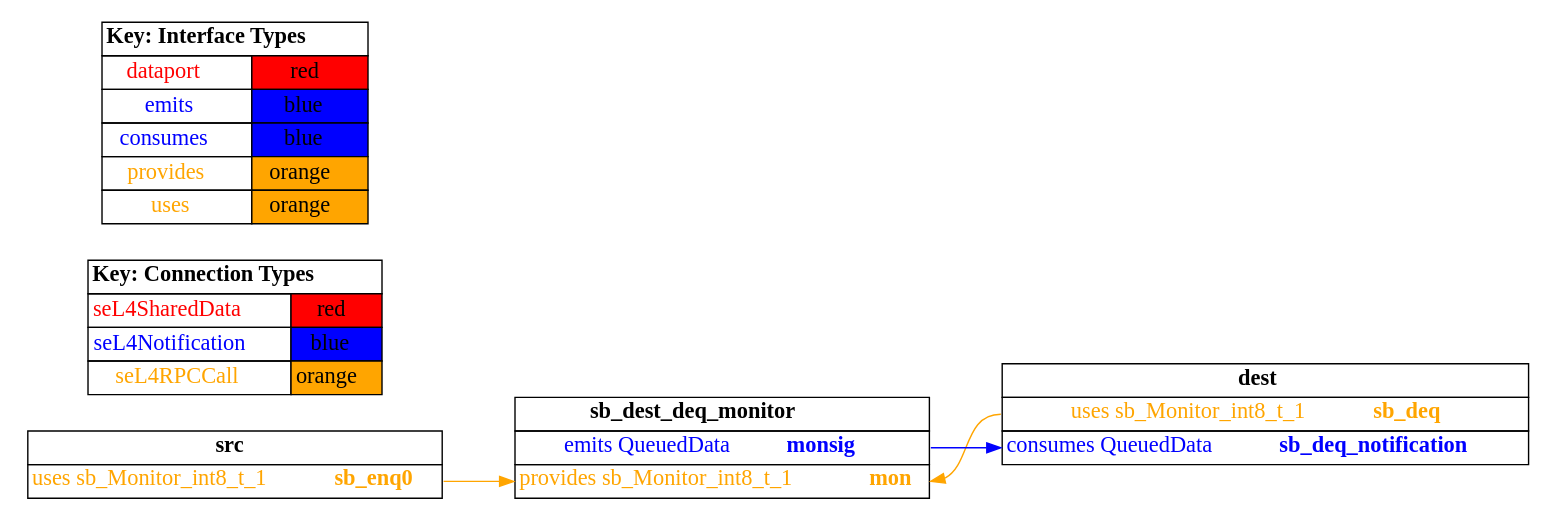
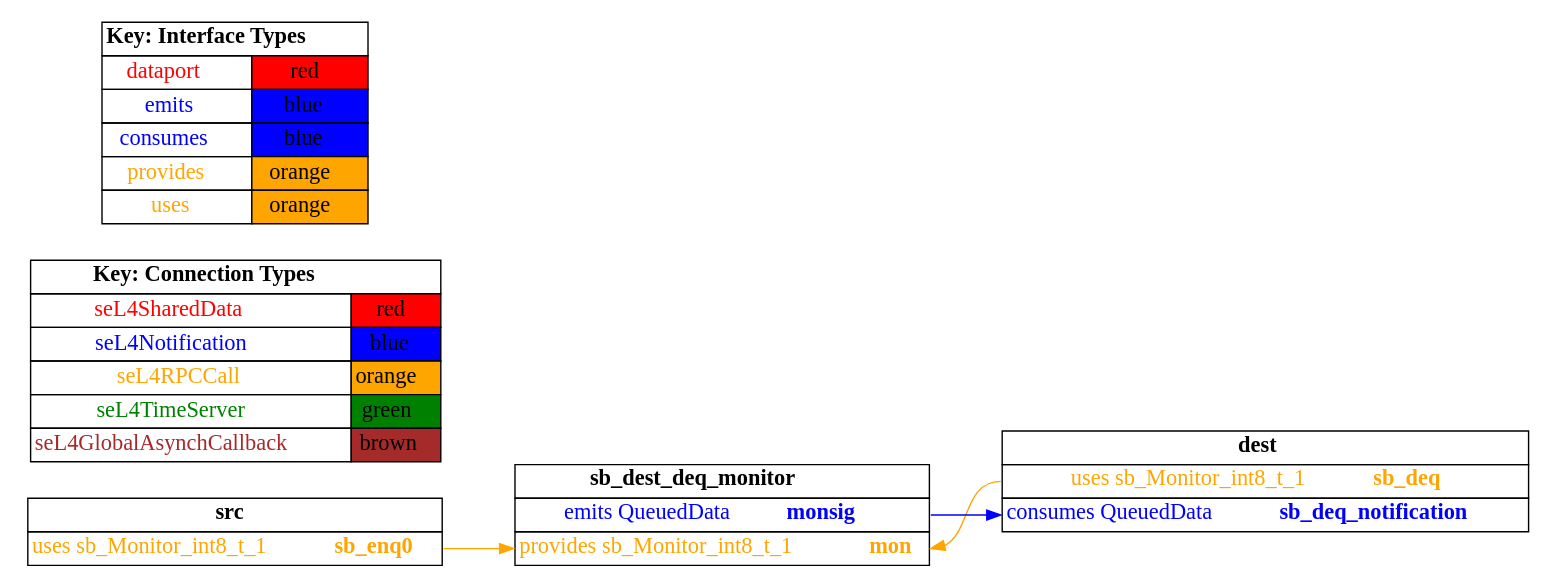
Before and after one commit to loonwerks/CASE: the diagram in TA5/tool-evaluation-4/HAMR/examples/test_event_data_port/CAmkES_seL4_TB/graph.dot, drawn with Graphviz. The commit also changed 59 other files, not shown here.

```diff
--- a/TA5/tool-evaluation-4/HAMR/examples/test_event_data_port/CAmkES_seL4_TB/graph.dot
+++ b/TA5/tool-evaluation-4/HAMR/examples/test_event_data_port/CAmkES_seL4_TB/graph.dot
@@ -1,89 +1,91 @@
 digraph g {
 graph [
   overlap = false,
   rankdir = "LR"
 ];
 node [
   fontsize = "16",
   shape = "ellipse"
 ];
 edge [
 ];
 
 src [
   label=<
     <TABLE BORDER="0" CELLBORDER="1" CELLSPACING="0">
       <TR><TD><B>src</B></TD></TR>
       <TR><TD PORT="sb_enq0"><FONT COLOR="orange">uses sb_Monitor_int8_t_1 <B>sb_enq0</B></FONT></TD></TR>"
     </TABLE>
   >
   shape=plaintext
 ];
 
 dest [
   label=<
     <TABLE BORDER="0" CELLBORDER="1" CELLSPACING="0">
       <TR><TD><B>dest</B></TD></TR>
       <TR><TD PORT="sb_deq"><FONT COLOR="orange">uses sb_Monitor_int8_t_1 <B>sb_deq</B></FONT></TD></TR>
       <TR><TD PORT="sb_deq_notification"><FONT COLOR="blue">consumes QueuedData <B>sb_deq_notification</B></FONT></TD></TR>"
     </TABLE>
   >
   shape=plaintext
 ];
 
 sb_dest_deq_monitor [
   label=<
     <TABLE BORDER="0" CELLBORDER="1" CELLSPACING="0">
       <TR><TD><B>sb_dest_deq_monitor</B></TD></TR>
       <TR><TD PORT="monsig"><FONT COLOR="blue">emits QueuedData <B>monsig</B></FONT></TD></TR>
       <TR><TD PORT="mon"><FONT COLOR="orange">provides sb_Monitor_int8_t_1 <B>mon</B></FONT></TD></TR>"
     </TABLE>
   >
   shape=plaintext
 ];
 
 connectiontypekey [
   label=<
    <TABLE BORDER="0" CELLBORDER="1" CELLSPACING="0">
      <TR><TD COLSPAN="2"><B>Key: Connection Types</B></TD></TR>
      <TR><TD><FONT COLOR="red">seL4SharedData</FONT></TD><TD BGCOLOR="red">red</TD></TR>
      <TR><TD><FONT COLOR="blue">seL4Notification</FONT></TD><TD BGCOLOR="blue">blue</TD></TR>
      <TR><TD><FONT COLOR="orange">seL4RPCCall</FONT></TD><TD BGCOLOR="orange">orange</TD></TR>
+     <TR><TD><FONT COLOR="green">seL4TimeServer</FONT></TD><TD BGCOLOR="green">green</TD></TR>
+     <TR><TD><FONT COLOR="brown">seL4GlobalAsynchCallback</FONT></TD><TD BGCOLOR="brown">brown</TD></TR>
    </TABLE>
   >
   shape=plaintext
 ];
 
 interfacetypekey [
   label=<
    <TABLE BORDER="0" CELLBORDER="1" CELLSPACING="0">
      <TR><TD COLSPAN="2"><B>Key: Interface Types</B></TD></TR>
      <TR><TD><FONT COLOR="red">dataport</FONT></TD><TD BGCOLOR="red">red</TD></TR>
      <TR><TD><FONT COLOR="blue">emits</FONT></TD><TD BGCOLOR="blue">blue</TD></TR>
      <TR><TD><FONT COLOR="blue">consumes</FONT></TD><TD BGCOLOR="blue">blue</TD></TR>
      <TR><TD><FONT COLOR="orange">provides</FONT></TD><TD BGCOLOR="orange">orange</TD></TR>
      <TR><TD><FONT COLOR="orange">uses</FONT></TD><TD BGCOLOR="orange">orange</TD></TR>
    </TABLE>
   >
   shape=plaintext
 ];
 
 "src":sb_enq0 -> "sb_dest_deq_monitor":mon [
   color="orange"
   //label = "seL4RPCCall"
   id = conn1
 ];
 
 "dest":sb_deq -> "sb_dest_deq_monitor":mon [
   color="orange"
   //label = "seL4RPCCall"
   id = conn2
 ];
 
 "sb_dest_deq_monitor":monsig -> "dest":sb_deq_notification [
   color="blue"
   //label = "seL4Notification"
   id = conn3
 ];
 
 }
```
